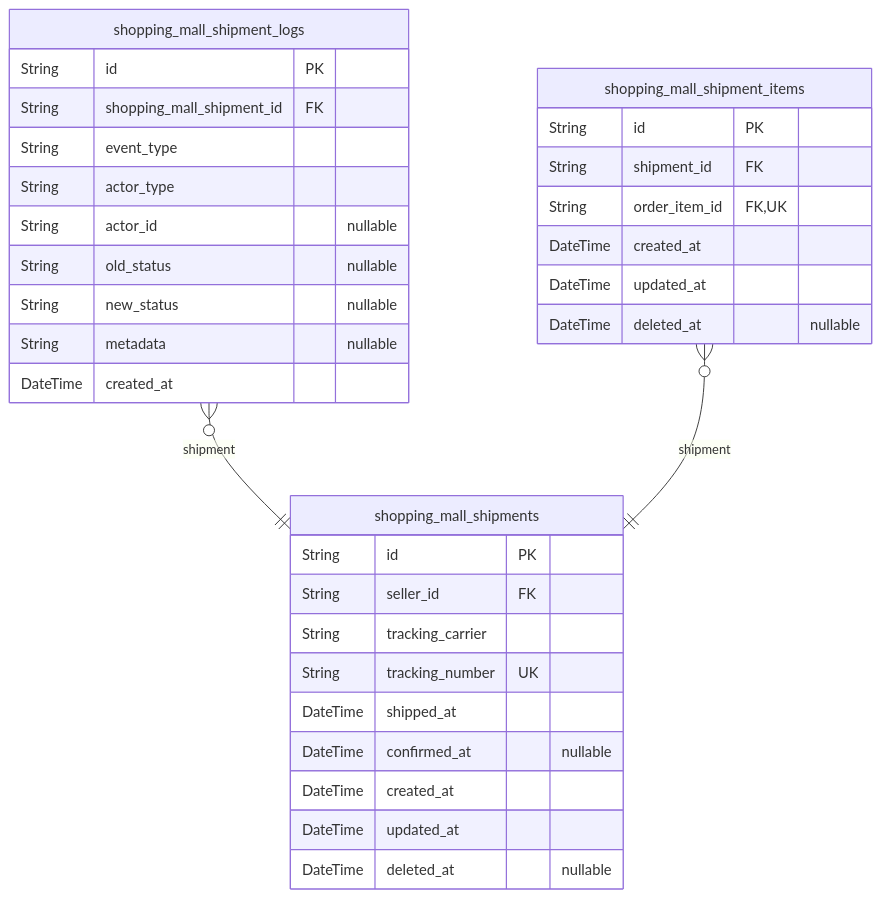
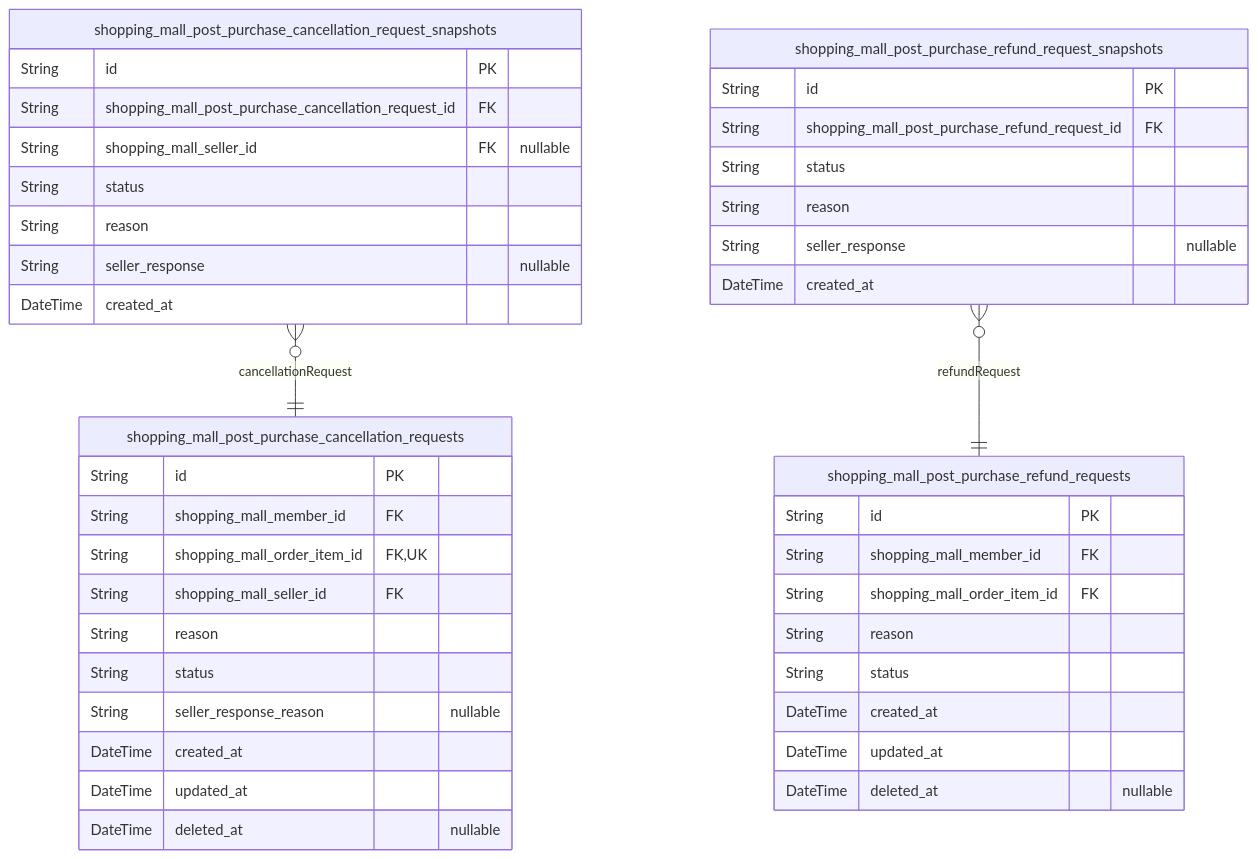
The tenth of 11 diagrams in qwen/qwen3.5-397b-a17b/shopping/docs/ERD.md (wrtnlabs/autobe-examples), drawn with Mermaid before and after one commit. The commit also changed other lines of this file and 32093 other files, not shown here.

````diff
--- a/qwen/qwen3.5-397b-a17b/shopping/docs/ERD.md
+++ b/qwen/qwen3.5-397b-a17b/shopping/docs/ERD.md
@@ -1330,35 +3031,44 @@
 ```mermaid
 erDiagram
-"shopping_mall_shipments" {
+"shopping_mall_post_purchase_cancellation_requests" {
   String id PK
-  String seller_id FK
-  String tracking_carrier
-  String tracking_number UK
-  DateTime shipped_at
-  DateTime confirmed_at "nullable"
+  String shopping_mall_member_id FK
+  String shopping_mall_order_item_id FK,UK
+  String shopping_mall_seller_id FK
+  String reason
+  String status
+  String seller_response_reason "nullable"
   DateTime created_at
   DateTime updated_at
   DateTime deleted_at "nullable"
 }
-"shopping_mall_shipment_logs" {
+"shopping_mall_post_purchase_cancellation_request_snapshots" {
   String id PK
-  String shopping_mall_shipment_id FK
-  String event_type
-  String actor_type
-  String actor_id "nullable"
-  String old_status "nullable"
-  String new_status "nullable"
-  String metadata "nullable"
+  String shopping_mall_post_purchase_cancellation_request_id FK
+  String shopping_mall_seller_id FK "nullable"
+  String status
+  String reason
+  String seller_response "nullable"
   DateTime created_at
 }
-"shopping_mall_shipment_items" {
+"shopping_mall_post_purchase_refund_requests" {
   String id PK
-  String shipment_id FK
-  String order_item_id FK,UK
+  String shopping_mall_member_id FK
+  String shopping_mall_order_item_id FK
+  String reason
+  String status
   DateTime created_at
   DateTime updated_at
   DateTime deleted_at "nullable"
 }
-"shopping_mall_shipment_logs" }o--|| "shopping_mall_shipments" : shipment
-"shopping_mall_shipment_items" }o--|| "shopping_mall_shipments" : shipment
+"shopping_mall_post_purchase_refund_request_snapshots" {
+  String id PK
+  String shopping_mall_post_purchase_refund_request_id FK
+  String status
+  String reason
+  String seller_response "nullable"
+  DateTime created_at
+}
+"shopping_mall_post_purchase_cancellation_request_snapshots" }o--|| "shopping_mall_post_purchase_cancellation_requests" : cancellationRequest
+"shopping_mall_post_purchase_refund_request_snapshots" }o--|| "shopping_mall_post_purchase_refund_requests" : refundRequest
 ```
````
